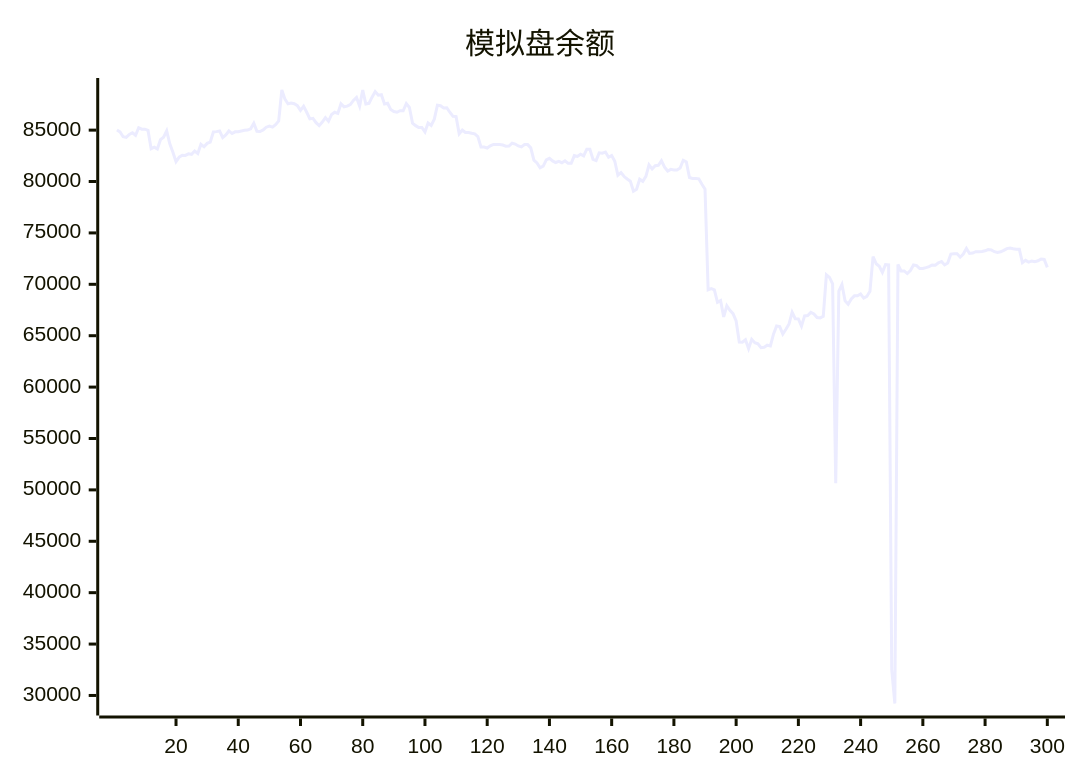
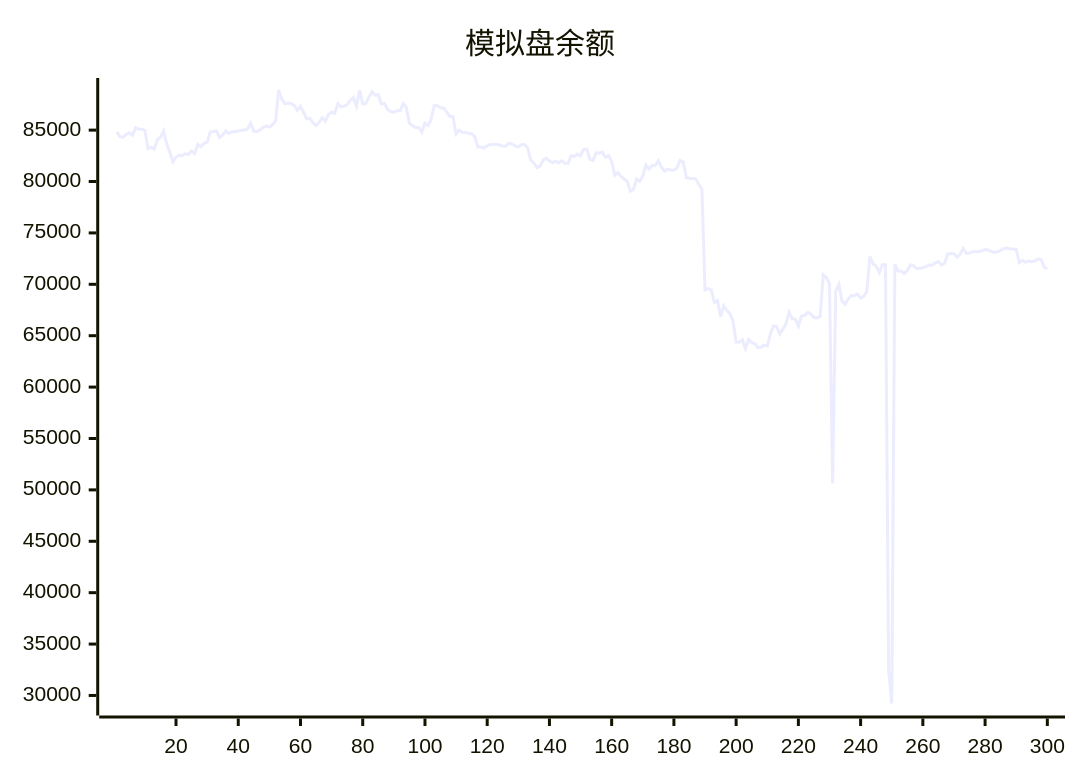
One commit to aahl/ai-trading changed the diagram in README.md. Above: the diagram before and after it, drawn with Mermaid. The commit also changed other lines of this file and 1 other file, not shown here.

````diff
--- a/README.md
+++ b/README.md
@@ -5,5 +5,5 @@
 ```mermaid
 xychart
     title "模拟盘余额"
-    line [85008,84824,84354,84287,84572,84745,84500,85234,85096,85095,84970,83180,83338,83157,84070,84309,84922,83667,82850,81924,82369,82552,82539,82695,82648,82962,82728,83619,83378,83710,83825,84819,84854,84917,84265,84527,84919,84668,84834,84850,84916,84981,85004,85131,85674,84891,84864,85019,85284,85393,85294,85538,85894,88904,88012,87567,87625,87568,87386,86920,87313,86737,86094,86143,85725,85437,85787,86219,85859,86526,86740,86630,87563,87264,87335,87483,87886,88180,87335,88894,87544,87608,88207,88755,88401,88444,87543,87608,87000,86810,86740,86894,86884,87576,87209,85686,85435,85251,85255,84820,85689,85453,86066,87420,87373,87161,87178,86740,86341,86315,84643,85012,84772,84768,84690,84635,84376,83360,83357,83259,83474,83608,83606,83602,83548,83440,83454,83724,83644,83464,83365,83590,83592,83275,82072,81806,81344,81492,82109,82254,82006,81848,81955,81829,82022,81769,81776,82522,82441,82656,82498,83144,83144,82150,82038,82797,82763,82872,82367,82536,81981,80612,80862,80484,80242,80034,79063,79245,80226,80016,80507,81625,81233,81544,81578,82016,81401,81019,81186,81130,81118,81306,82066,81909,80392,80304,80291,80258,79729,79261,69466,69579,69456,68251,68415,66832,67911,67462,67144,66432,64380,64375,64606,63740,64647,64324,64216,63842,63877,64078,64008,65156,65945,65888,65157,65625,66144,67284,66653,66639,65924,66925,66956,67263,67108,66766,66729,66886,70927,70673,70049,50652,69334,69973,68400,68061,68578,68876,68879,69055,68662,68822,69329,72687,71999,71760,71162,71911,71896,32500,29218,71927,71297,71305,71044,71337,71883,71822,71536,71536,71622,71723,71880,71860,72100,72216,71887,72077,72940,72976,72966,72638,72948,73497,73004,73041,73173,73160,73186,73258,73375,73351,73173,73098,73161,73305,73474,73536,73457,73413,73412,72100,72333,72164,72272,72204,72285,72461,72421,71652]
+    line [84824,84354,84287,84572,84745,84500,85234,85096,85095,84970,83180,83338,83157,84070,84309,84922,83667,82850,81924,82369,82552,82539,82695,82648,82962,82728,83619,83378,83710,83825,84819,84854,84917,84265,84527,84919,84668,84834,84850,84916,84981,85004,85131,85674,84891,84864,85019,85284,85393,85294,85538,85894,88904,88012,87567,87625,87568,87386,86920,87313,86737,86094,86143,85725,85437,85787,86219,85859,86526,86740,86630,87563,87264,87335,87483,87886,88180,87335,88894,87544,87608,88207,88755,88401,88444,87543,87608,87000,86810,86740,86894,86884,87576,87209,85686,85435,85251,85255,84820,85689,85453,86066,87420,87373,87161,87178,86740,86341,86315,84643,85012,84772,84768,84690,84635,84376,83360,83357,83259,83474,83608,83606,83602,83548,83440,83454,83724,83644,83464,83365,83590,83592,83275,82072,81806,81344,81492,82109,82254,82006,81848,81955,81829,82022,81769,81776,82522,82441,82656,82498,83144,83144,82150,82038,82797,82763,82872,82367,82536,81981,80612,80862,80484,80242,80034,79063,79245,80226,80016,80507,81625,81233,81544,81578,82016,81401,81019,81186,81130,81118,81306,82066,81909,80392,80304,80291,80258,79729,79261,69466,69579,69456,68251,68415,66832,67911,67462,67144,66432,64380,64375,64606,63740,64647,64324,64216,63842,63877,64078,64008,65156,65945,65888,65157,65625,66144,67284,66653,66639,65924,66925,66956,67263,67108,66766,66729,66886,70927,70673,70049,50652,69334,69973,68400,68061,68578,68876,68879,69055,68662,68822,69329,72687,71999,71760,71162,71911,71896,32500,29218,71927,71297,71305,71044,71337,71883,71822,71536,71536,71622,71723,71880,71860,72100,72216,71887,72077,72940,72976,72966,72638,72948,73497,73004,73041,73173,73160,73186,73258,73375,73351,73173,73098,73161,73305,73474,73536,73457,73413,73412,72100,72333,72164,72272,72204,72285,72461,72421,71652,71521]
 ```
````
